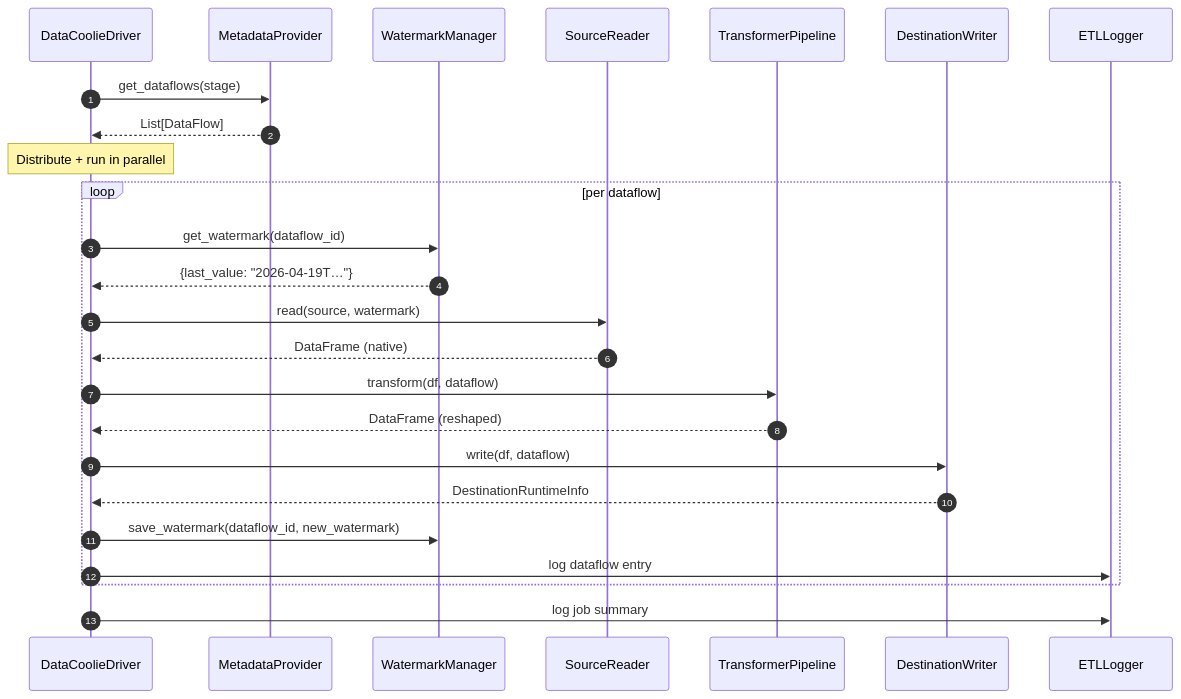
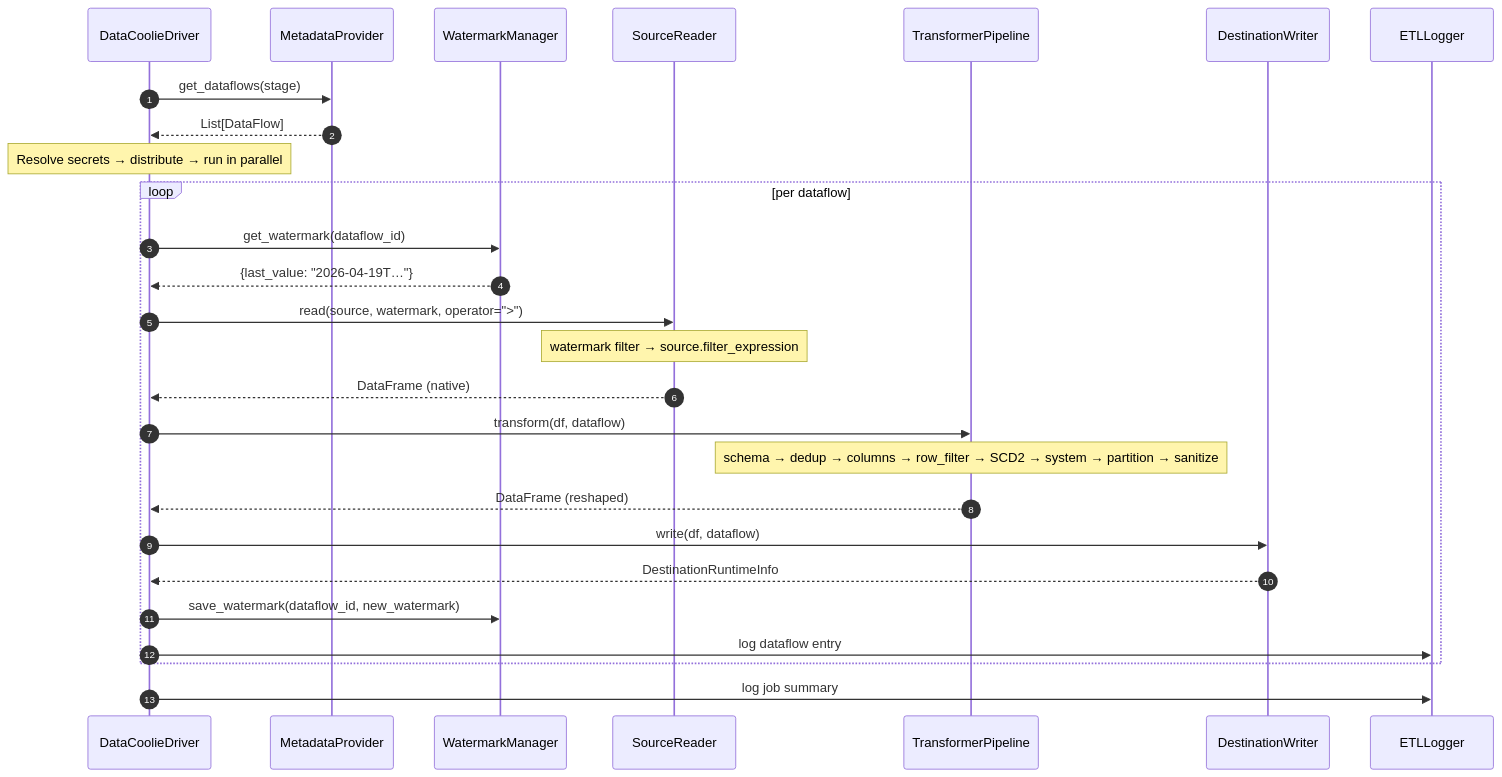
Before and after one commit to datacoolie/datacoolie: the third of 3 diagrams in docs/concepts/architecture.md, drawn with Mermaid. The commit also changed other lines of this file and 79 other files, not shown here.

First line of the commit message:
Add unit tests for ReplayConfig and RowFilter transformer

````diff
--- a/docs/concepts/architecture.md
+++ b/docs/concepts/architecture.md
@@ -100,29 +100,31 @@
 ```mermaid
 sequenceDiagram
     autonumber
     participant Drv as DataCoolieDriver
     participant MP as MetadataProvider
     participant WM as WatermarkManager
     participant SR as SourceReader
     participant TP as TransformerPipeline
     participant DW as DestinationWriter
     participant EL as ETLLogger
 
     Drv->>MP: get_dataflows(stage)
     MP-->>Drv: List[DataFlow]
-    Note over Drv: Distribute + run in parallel
+    Note over Drv: Resolve secrets → distribute → run in parallel
 
     loop per dataflow
       Drv->>WM: get_watermark(dataflow_id)
       WM-->>Drv: {last_value: "2026-04-19T…"}
-      Drv->>SR: read(source, watermark)
+      Drv->>SR: read(source, watermark, operator=">")
+      Note over SR: watermark filter → source.filter_expression
       SR-->>Drv: DataFrame (native)
       Drv->>TP: transform(df, dataflow)
+      Note over TP: schema → dedup → columns → row_filter → SCD2 → system → partition → sanitize
       TP-->>Drv: DataFrame (reshaped)
       Drv->>DW: write(df, dataflow)
       DW-->>Drv: DestinationRuntimeInfo
       Drv->>WM: save_watermark(dataflow_id, new_watermark)
       Drv->>EL: log dataflow entry
     end
     Drv->>EL: log job summary
 ```
````
